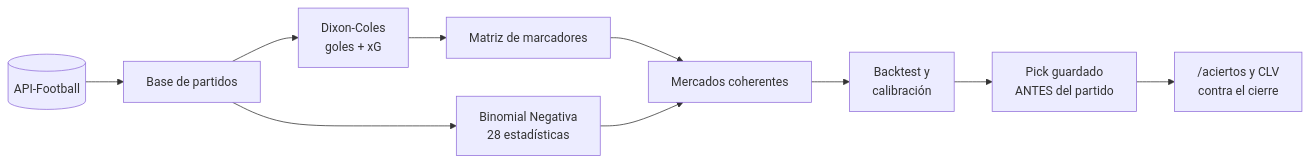
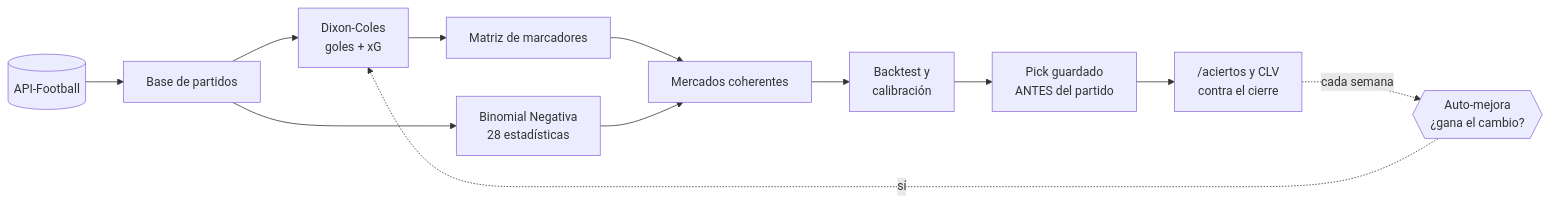
The diagram in README.md (WualterSDEV/WualterSDEV), drawn with Mermaid before and after one commit. The commit also changed other lines of this file and 3 other files, not shown here.

First line of the commit message:
Perfil: auto-mejora, rutina diaria de la app, contacto y números al día (#8)

````diff
--- a/README.md
+++ b/README.md
@@ -85,12 +87,14 @@
 ```mermaid
 flowchart LR
     A[(API-Football)] --> B[Base de partidos]
     B --> C[Dixon-Coles<br>goles + xG]
     B --> D[Binomial Negativa<br>28 estadísticas]
     C --> E[Matriz de marcadores]
     E --> F[Mercados coherentes]
     D --> F
     F --> G[Backtest y<br>calibración]
     G --> H[Pick guardado<br>ANTES del partido]
     H --> I["/aciertos y CLV<br>contra el cierre"]
+    I -. cada semana .-> J{{Auto-mejora<br>¿gana el cambio?}}
+    J -. sí .-> C
 ```
````
